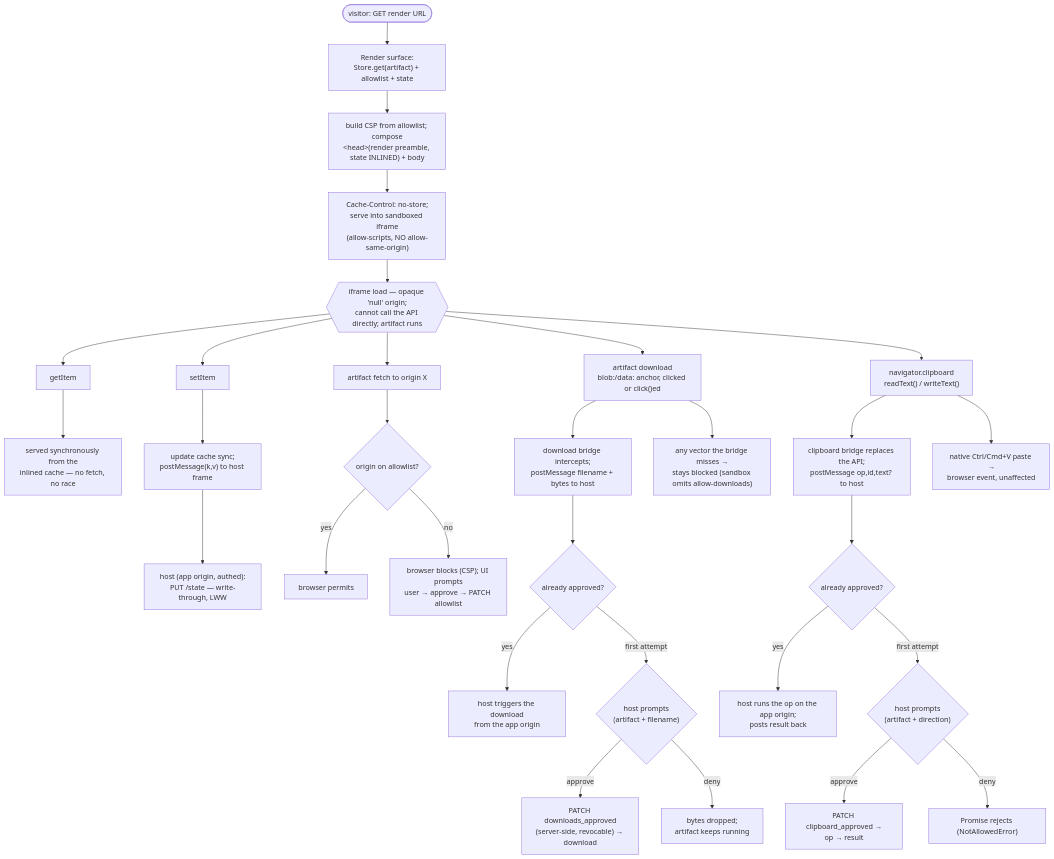
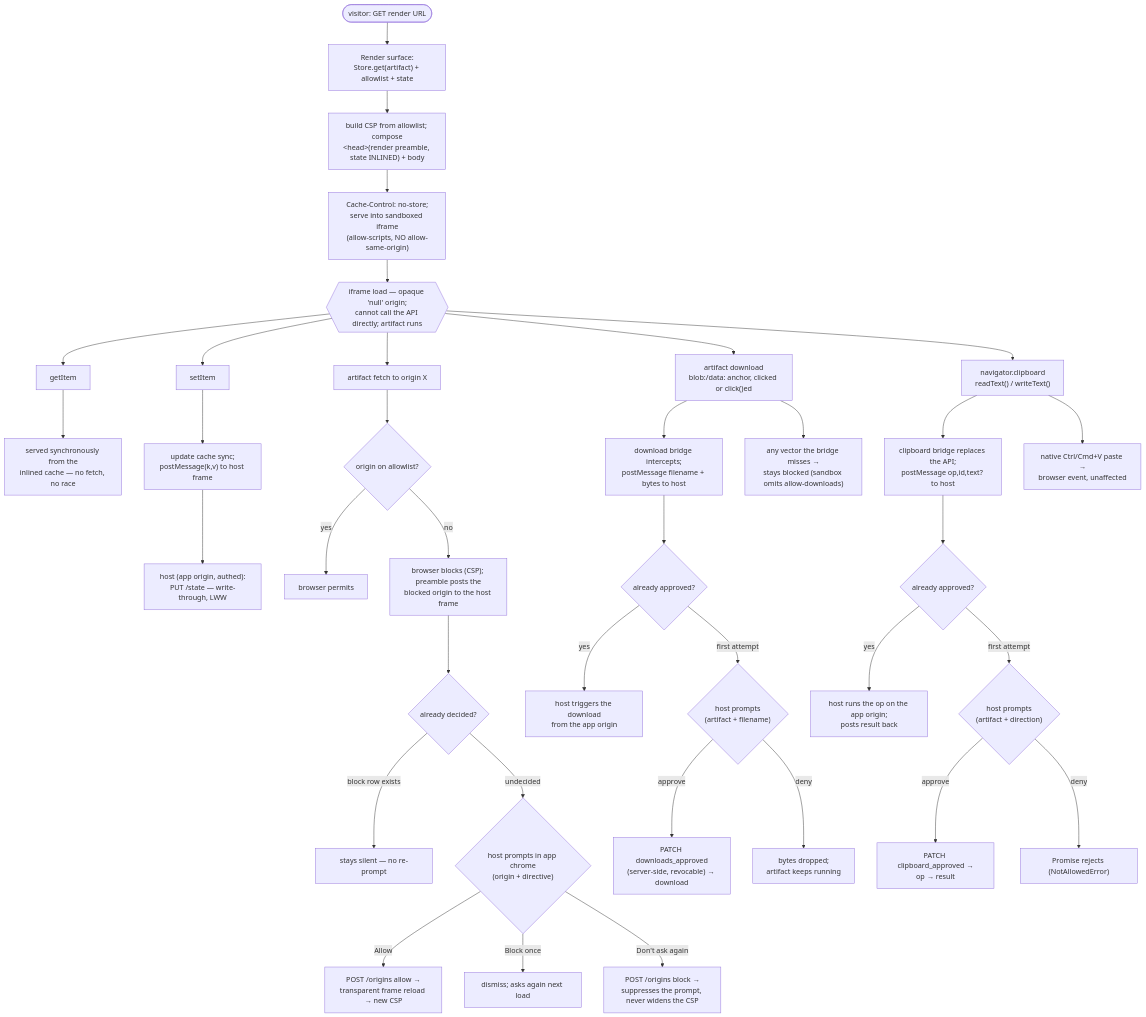
One commit to momja/Exhibit changed the third of 3 diagrams in docs/architecture.md. Above: the diagram before and after it, drawn with Mermaid. The commit also changed other lines of this file and 13 other files, not shown here.

````diff
--- a/docs/architecture.md
+++ b/docs/architecture.md
@@ -326,36 +336,42 @@
 ```mermaid
 flowchart TD
     v(["visitor: GET render URL"]) --> r1["Render surface:<br/>Store.get(artifact) + allowlist + state"]
     r1 --> r2["build CSP from allowlist; compose<br/>&lt;head&gt;(render preamble, state INLINED) + body"]
     r2 --> r3["Cache-Control: no-store;<br/>serve into sandboxed iframe<br/>(allow-scripts, NO allow-same-origin)"]
     r3 --> load{{"iframe load — opaque 'null' origin;<br/>cannot call the API directly; artifact runs"}}
 
     load --> getItem["getItem"]
     getItem --> getRes["served synchronously from the<br/>inlined cache — no fetch, no race"]
     load --> setItem["setItem"]
     setItem --> setRes["update cache sync;<br/>postMessage(k,v) to host frame"]
     setRes --> setPut["host (app origin, authed):<br/>PUT /state — write-through, LWW"]
 
     load --> fetch["artifact fetch to origin X"]
     fetch --> fetchQ{"origin on allowlist?"}
     fetchQ -->|yes| fPermit["browser permits"]
-    fetchQ -->|no| fBlock["browser blocks (CSP); UI prompts<br/>user &rarr; approve &rarr; PATCH allowlist"]
+    fetchQ -->|no| fBlock["browser blocks (CSP); preamble posts the<br/>blocked origin to the host frame"]
+    fBlock --> fPrompt{"already decided?"}
+    fPrompt -->|block row exists| fQuiet["stays silent — no re-prompt"]
+    fPrompt -->|undecided| fAsk{"host prompts in app chrome<br/>(origin + directive)"}
+    fAsk -->|Allow| fAllow["POST /origins allow &rarr;<br/>transparent frame reload &rarr; new CSP"]
+    fAsk -->|Block once| fOnce["dismiss; asks again next load"]
+    fAsk -->|Don't ask again| fNever["POST /origins block &rarr;<br/>suppresses the prompt, never widens the CSP"]
 
     load --> dl["artifact download<br/>blob:/data: anchor, clicked or click()ed"]
     dl --> dlInt["download bridge intercepts;<br/>postMessage filename + bytes to host"]
     dlInt --> dlQ{"already approved?"}
     dlQ -->|yes| dlGo["host triggers the download<br/>from the app origin"]
     dlQ -->|first attempt| dlPrompt{"host prompts<br/>(artifact + filename)"}
     dlPrompt -->|approve| dlOK["PATCH downloads_approved<br/>(server-side, revocable) &rarr; download"]
     dlPrompt -->|deny| dlNo["bytes dropped;<br/>artifact keeps running"]
     dl --> dlMiss["any vector the bridge misses &rarr;<br/>stays blocked (sandbox omits allow-downloads)"]
 
     load --> cb["navigator.clipboard<br/>readText() / writeText()"]
     cb --> cbInt["clipboard bridge replaces the API;<br/>postMessage op,id,text? to host"]
     cbInt --> cbQ{"already approved?"}
     cbQ -->|yes| cbGo["host runs the op on the app origin;<br/>posts result back"]
     cbQ -->|first attempt| cbPrompt{"host prompts<br/>(artifact + direction)"}
     cbPrompt -->|approve| cbOK["PATCH clipboard_approved &rarr;<br/>op &rarr; result"]
     cbPrompt -->|deny| cbNo["Promise rejects (NotAllowedError)"]
     cb --> cbNative["native Ctrl/Cmd+V paste &rarr;<br/>browser event, unaffected"]
 ```
````
